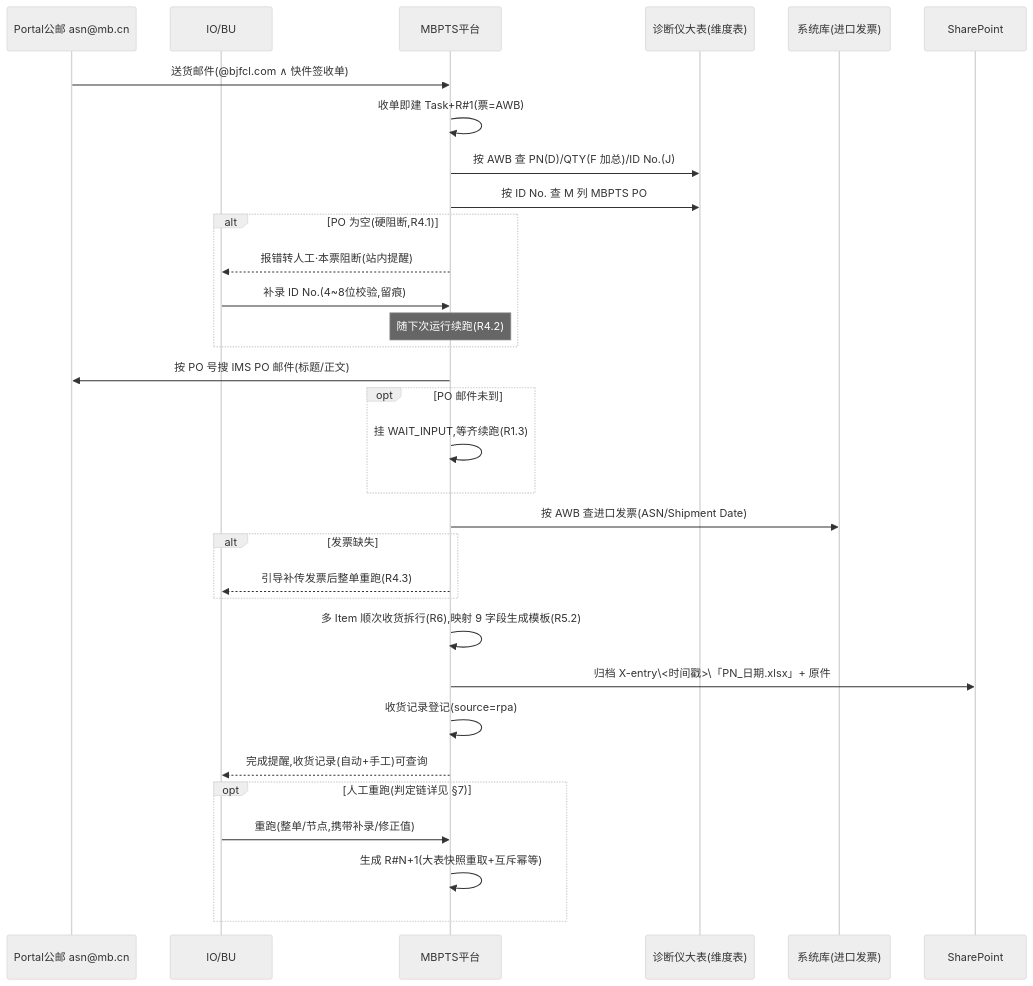
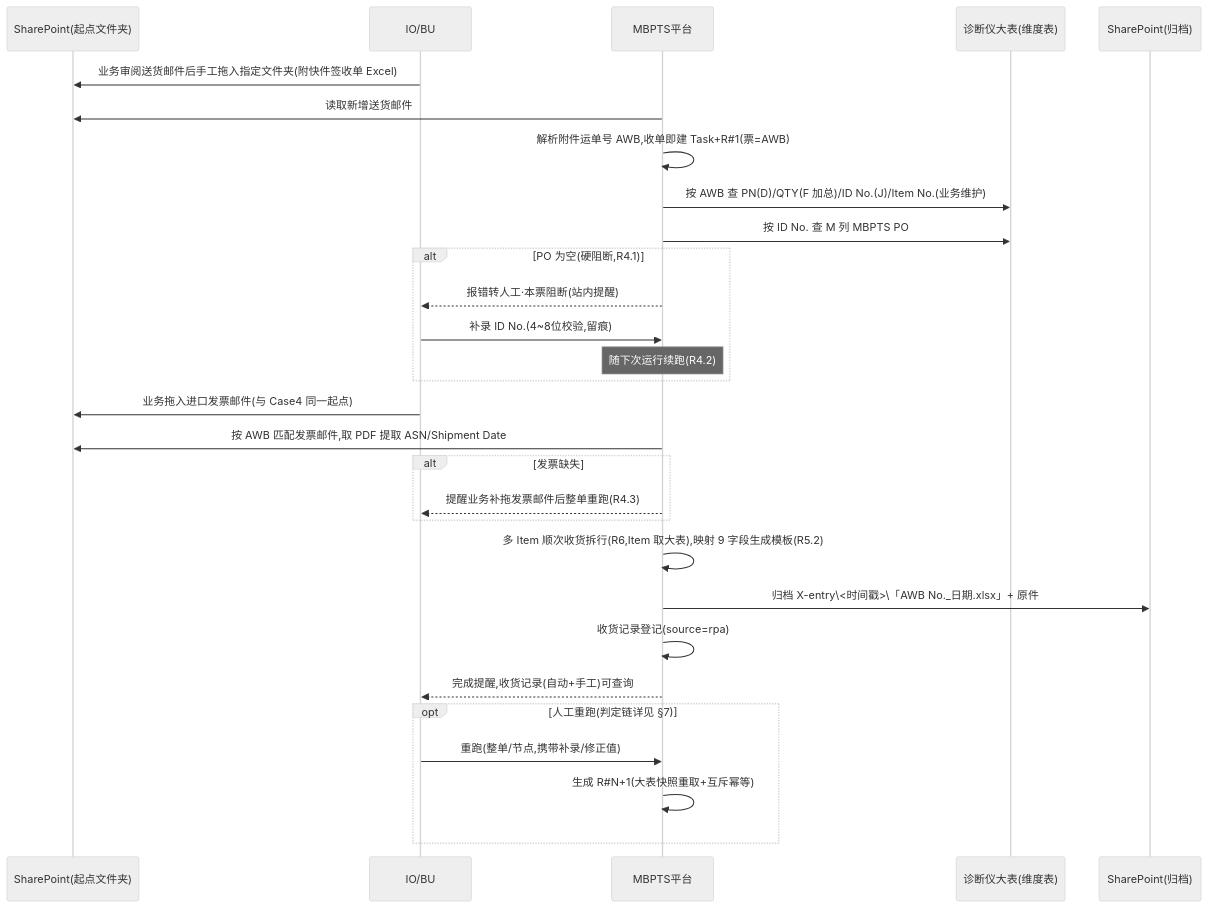
One commit to Mint-lxy/MBPTS changed the ninth of 11 diagrams in docs/UC34_Case1-5_时序图汇总.md. Above: the diagram before and after it, drawn with Mermaid (neutral theme). The commit also changed other lines of this file and 12 other files, not shown here.

````diff
--- a/docs/UC34_Case1-5_时序图汇总.md
+++ b/docs/UC34_Case1-5_时序图汇总.md
@@ -442,35 +443,32 @@
 ```mermaid
 sequenceDiagram
-    participant M as Portal公邮 asn@mb.cn
+    participant SP as SharePoint(起点文件夹)
     participant U as IO/BU
     participant PF as MBPTS平台
     participant DIM as 诊断仪大表(维度表)
-    participant INV as 系统库(进口发票)
-    participant SP as SharePoint
+    participant SPA as SharePoint(归档)
 
-    M->>PF: 送货邮件(@bjfcl.com ∧ 快件签收单)
-    PF->>PF: 收单即建 Task+R#35;1(票=AWB)
-    PF->>DIM: 按 AWB 查 PN(D)/QTY(F 加总)/ID No.(J)
+    U->>SP: 业务审阅送货邮件后手工拖入指定文件夹(附快件签收单 Excel)
+    PF->>SP: 读取新增送货邮件
+    PF->>PF: 解析附件运单号 AWB,收单即建 Task+R#35;1(票=AWB)
+    PF->>DIM: 按 AWB 查 PN(D)/QTY(F 加总)/ID No.(J)/Item No.(业务维护)
     PF->>DIM: 按 ID No. 查 M 列 MBPTS PO
     alt PO 为空(硬阻断,R4.1)
         PF-->>U: 报错转人工·本票阻断(站内提醒)
         U->>PF: 补录 ID No.(4~8位校验,留痕)
         Note over PF: 随下次运行续跑(R4.2)
     end
-    PF->>M: 按 PO 号搜 IMS PO 邮件(标题/正文)
-    opt PO 邮件未到
-        PF->>PF: 挂 WAIT_INPUT,等齐续跑(R1.3)
+    U->>SP: 业务拖入进口发票邮件(与 Case4 同一起点)
+    PF->>SP: 按 AWB 匹配发票邮件,取 PDF 提取 ASN/Shipment Date
+    alt 发票缺失
+        PF-->>U: 提醒业务补拖发票邮件后整单重跑(R4.3)
     end
-    PF->>INV: 按 AWB 查进口发票(ASN/Shipment Date)
-    alt 发票缺失
-        PF-->>U: 引导补传发票后整单重跑(R4.3)
-    end
-    PF->>PF: 多 Item 顺次收货拆行(R6),映射 9 字段生成模板(R5.2)
-    PF->>SP: 归档 X-entry\<时间戳>\「PN_日期.xlsx」+ 原件
+    PF->>PF: 多 Item 顺次收货拆行(R6,Item 取大表),映射 9 字段生成模板(R5.2)
+    PF->>SPA: 归档 X-entry\<时间戳>\「AWB No._日期.xlsx」+ 原件
     PF->>PF: 收货记录登记(source=rpa)
     PF-->>U: 完成提醒,收货记录(自动+手工)可查询
     opt 人工重跑(判定链详见 §7)
         U->>PF: 重跑(整单/节点,携带补录/修正值)
         PF->>PF: 生成 R#35;N+1(大表快照重取+互斥幂等)
     end
 ```
````
